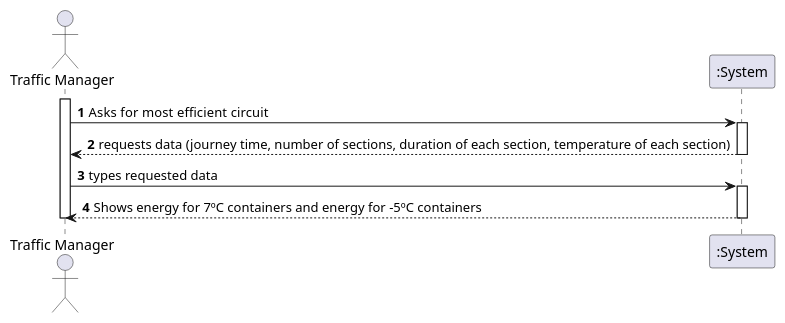
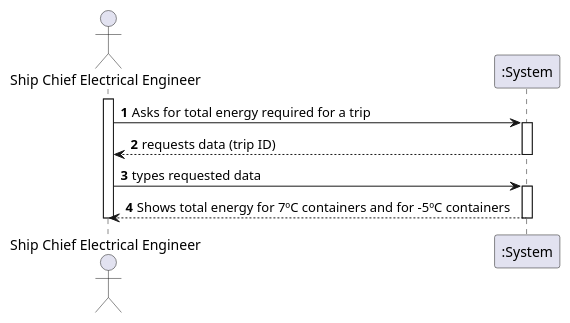
Before and after one commit to 1190772/LAB-Project-3: the diagram in docs/Sprint 4/US/US413/US413_SSD.puml, drawn with PlantUML. The commit also changed 15 other files, not shown here.

```diff
--- a/docs/Sprint 4/US/US413/US413_SSD.puml
+++ b/docs/Sprint 4/US/US413/US413_SSD.puml
@@ -1,23 +1,23 @@
 @startuml
 'https://plantuml.com/sequence-diagram
 
 autonumber
 
-actor "Traffic Manager" as TM
+actor "Ship Chief Electrical Engineer" as SCEE
 
-activate TM
-TM -> ":System" : Asks for  most efficient circuit
+activate SCEE
+SCEE -> ":System" : Asks for total energy required for a trip
 
 activate ":System"
-":System" --> "TM" : requests data (journey time, number of sections, duration of each section, temperature of each section)
+":System" --> "SCEE" : requests data (trip ID)
 deactivate ":System"
 
-TM -> ":System" : types requested data
+SCEE -> ":System" : types requested data
 
 activate ":System"
-":System" --> "TM" : Shows energy for 7ºC containers and energy for -5ºC containers
+":System" --> "SCEE" : Shows total energy for 7ºC containers and for -5ºC containers
 deactivate ":System"
 
-deactivate TM
+deactivate SCEE
 
 @enduml
```
